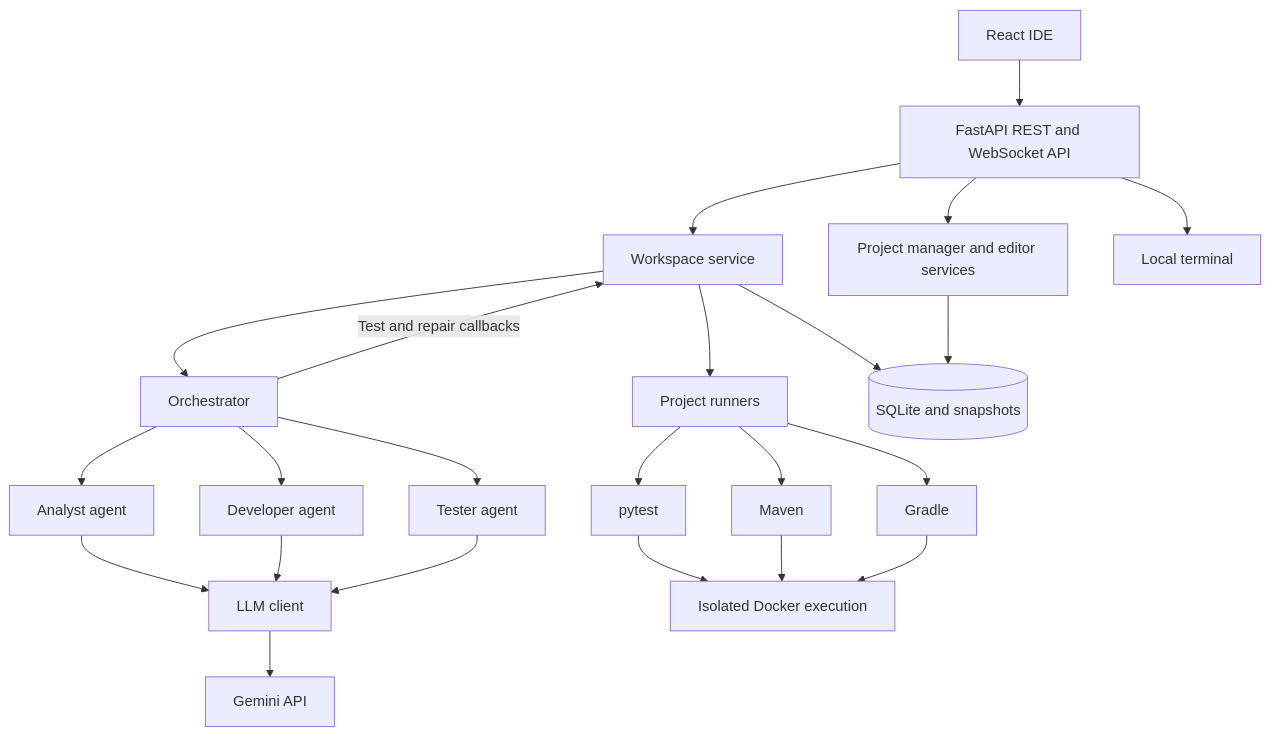
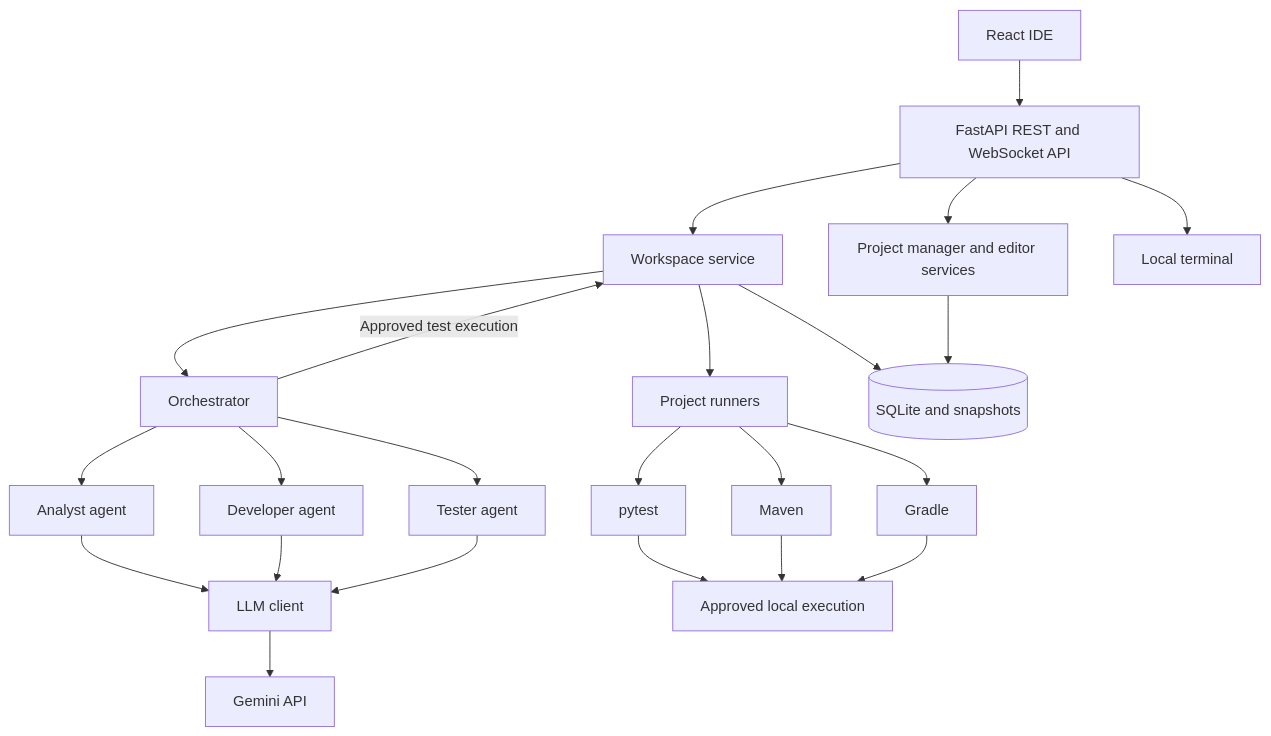
One commit to cmartinferrer/cmf-dev-studio changed the first of 2 diagrams in README.md. Above: the diagram before and after it, drawn with Mermaid. The commit also changed other lines of this file and 25 other files, not shown here.

Commit message:
feat: introduce local project execution with user approval

````diff
--- a/README.md
+++ b/README.md
@@ -54,25 +54,25 @@
 ```mermaid
 flowchart TD
     UI[React IDE] --> API[FastAPI REST and WebSocket API]
     API --> WS[Workspace service]
     API --> PM[Project manager and editor services]
     API --> PTY[Local terminal]
     WS --> O[Orchestrator]
     O --> A[Analyst agent]
     O --> D[Developer agent]
     O --> T[Tester agent]
     A --> LLM[LLM client]
     D --> LLM
     T --> LLM
     LLM --> G[Gemini API]
-    O -->|Test and repair callbacks| WS
+    O -->|Approved test execution| WS
     WS --> R[Project runners]
     R --> P[pytest]
     R --> M[Maven]
     R --> K[Gradle]
-    P --> Docker[Isolated Docker execution]
-    M --> Docker
-    K --> Docker
+    P --> Local[Approved local execution]
+    M --> Local
+    K --> Local
     WS --> DB[(SQLite and snapshots)]
     PM --> DB
 ```
````
